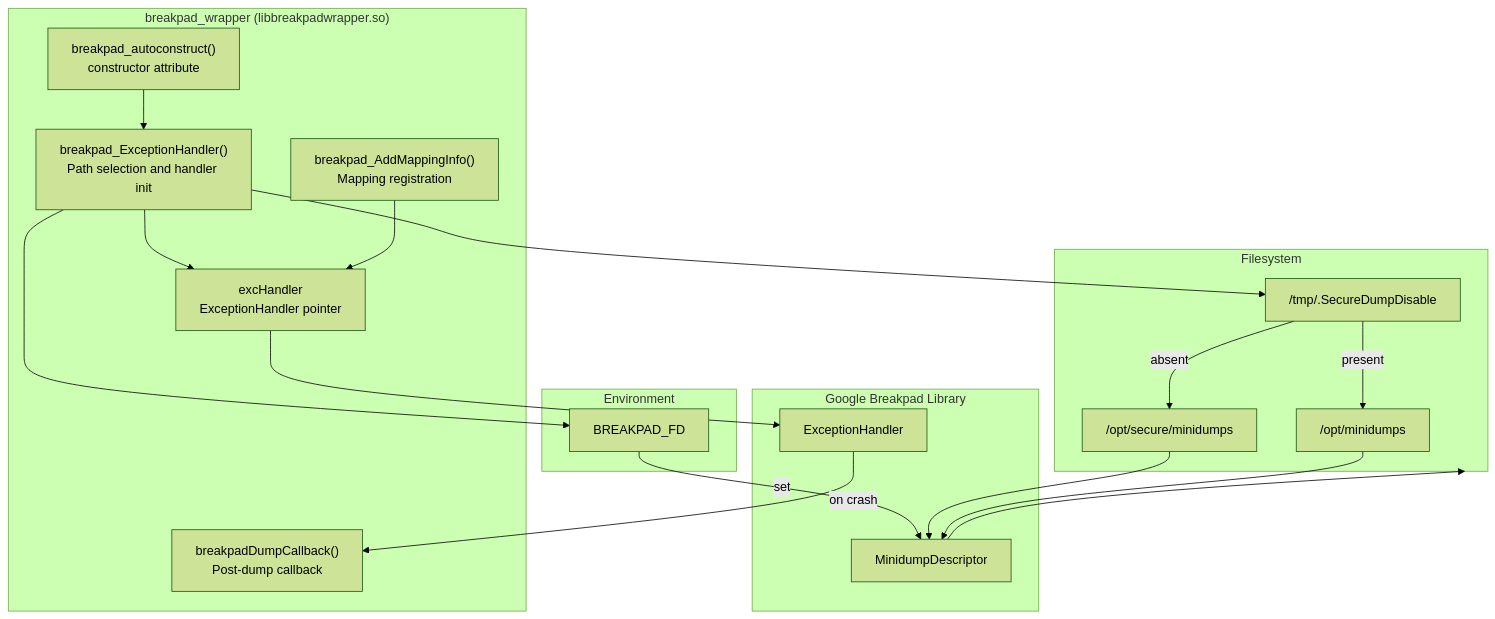
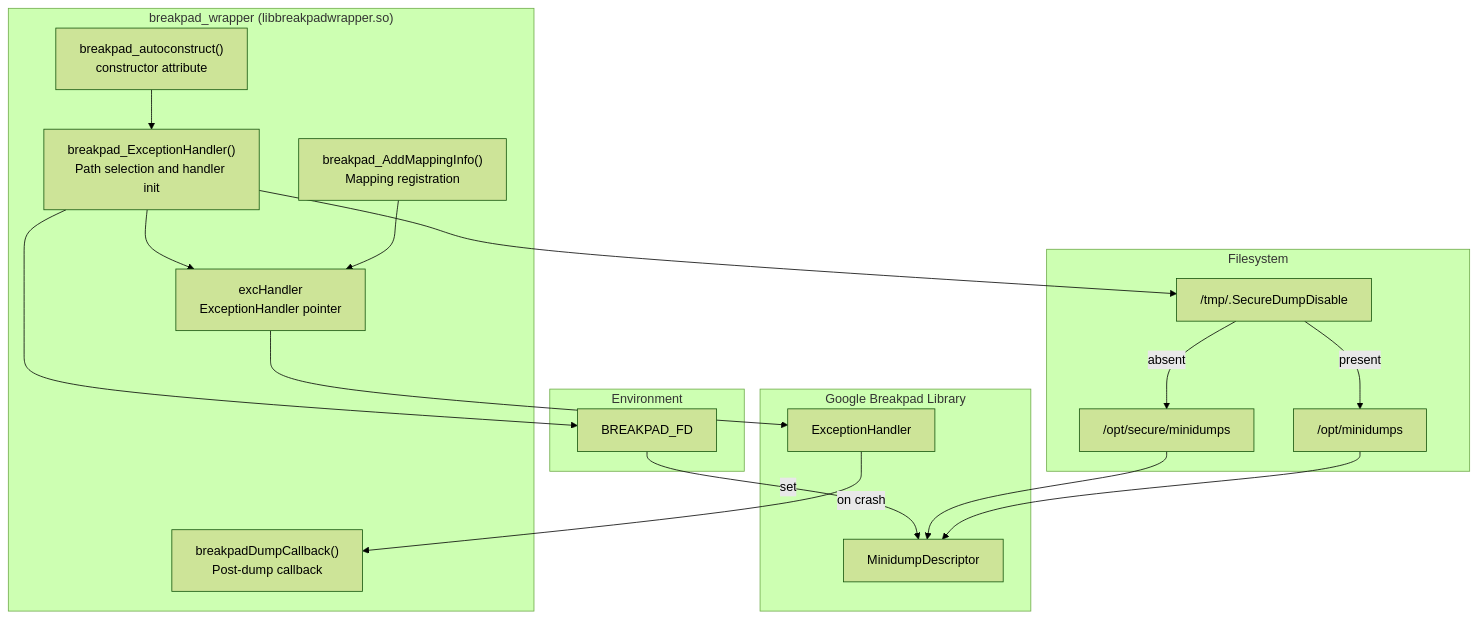
One commit to rns21/RDK_Documentation changed the second of 5 diagrams in docs/docu/RDKV-Documentations/breakpad-wrapper.md. Above: the diagram before and after it, drawn with Mermaid (forest theme). The commit also changed other lines of this file, not shown here.

````diff
--- a/docs/docu/RDKV-Documentations/breakpad-wrapper.md
+++ b/docs/docu/RDKV-Documentations/breakpad-wrapper.md
@@ -65,39 +56,38 @@
 ```mermaid
 graph TD
     subgraph BPW["breakpad_wrapper (libbreakpadwrapper.so)"]
         AutoCtor["breakpad_autoconstruct()\nconstructor attribute"]
         EHInit["breakpad_ExceptionHandler()\nPath selection and handler init"]
         Handler["excHandler\nExceptionHandler pointer"]
         AddMap["breakpad_AddMappingInfo()\nMapping registration"]
         Callback["breakpadDumpCallback()\nPost-dump callback"]
     end
 
     subgraph BreakpadLib["Google Breakpad Library"]
         EH["ExceptionHandler"]
         MD["MinidumpDescriptor"]
     end
 
     subgraph FS["Filesystem"]
         FlagFile["/tmp/.SecureDumpDisable"]
         SecurePath["/opt/secure/minidumps"]
         FallbackPath["/opt/minidumps"]
     end
 
     subgraph Env["Environment"]
         BPFD["BREAKPAD_FD"]
     end
 
     AutoCtor --> EHInit
     EHInit --> FlagFile
     EHInit --> BPFD
     FlagFile -->|absent| SecurePath
     FlagFile -->|present| FallbackPath
     BPFD -->|set| MD
     SecurePath --> MD
     FallbackPath --> MD
     EHInit --> Handler
     Handler --> EH
     AddMap --> Handler
     EH -->|on crash| Callback
-    MD --> FS
 ```
````
